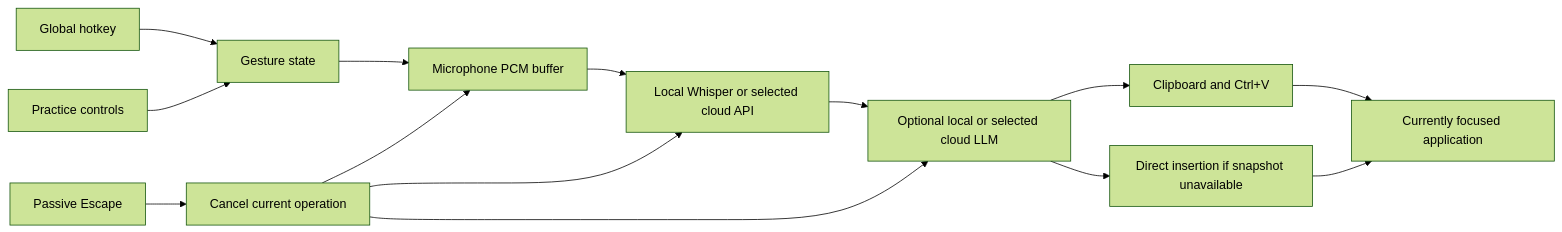
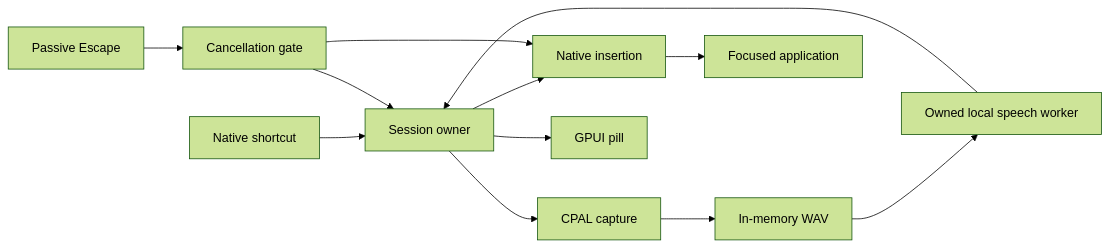
Before and after one commit to KrishRVH/speakeasy: the diagram in docs/architecture.md, drawn with Mermaid (forest theme). The commit also changed other lines of this file and 91 other files, not shown here.

````diff
--- a/docs/architecture.md
+++ b/docs/architecture.md
@@ -7,16 +8,14 @@
 ```mermaid
 flowchart LR
-    Key[Global hotkey] --> Gesture[Gesture state]
-    Practice[Practice controls] --> Gesture
-    Gesture --> Mic[Microphone PCM buffer]
-    Mic --> STT[Local Whisper or selected cloud API]
-    STT --> Cleanup[Optional local or selected cloud LLM]
-    Cleanup --> Paste[Clipboard and Ctrl+V]
-    Paste --> Target[Currently focused application]
-    Cleanup --> Direct[Direct insertion if snapshot unavailable]
-    Direct --> Target
-    Esc[Passive Escape] --> Cancel[Cancel current operation]
-    Cancel --> Mic
-    Cancel --> STT
-    Cancel --> Cleanup
+    Shortcut[Native shortcut] --> Session[Session owner]
+    Session --> Capture[CPAL capture]
+    Capture --> Audio[In-memory WAV]
+    Audio --> Worker[Owned local speech worker]
+    Worker --> Session
+    Session --> Insert[Native insertion]
+    Insert --> Editor[Focused application]
+    Session --> Pill[GPUI pill]
+    Escape[Passive Escape] --> Gate[Cancellation gate]
+    Gate --> Session
+    Gate --> Insert
 ```
````
